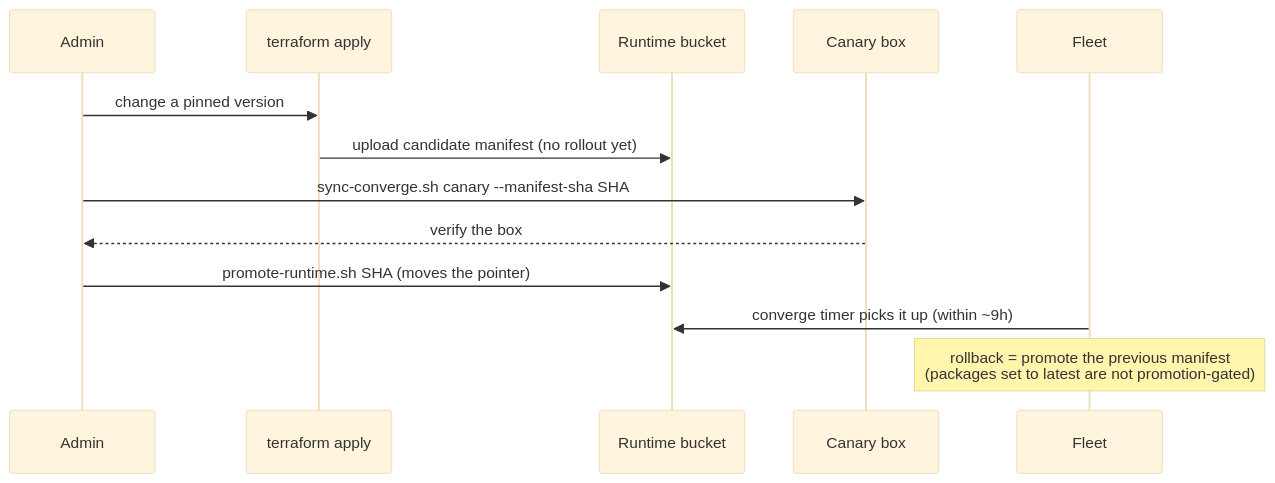
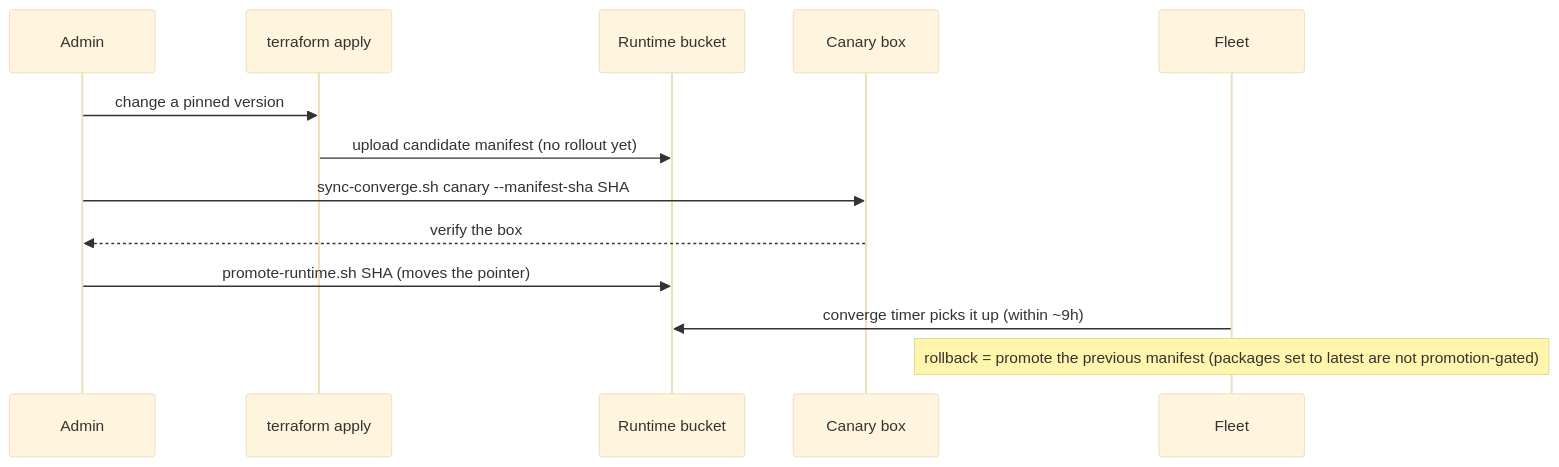
Before and after one commit to omrihaviv/devbox-fleet: the diagram in docs/admin-quickstart.md, drawn with Mermaid (base theme). The commit also changed 1 other file, not shown here.

Commit message:
docs: drop <br/> from mermaid labels — GitHub strips the tag
GitHub's mermaid sanitizer removes HTML tags from labels and joins the
lines with no separator ("breakglass(Google", "manifestGCS"). Use plain
single-line labels instead.

````diff
--- a/docs/admin-quickstart.md
+++ b/docs/admin-quickstart.md
@@ -166,15 +166,15 @@
 ```mermaid
 sequenceDiagram
     participant Admin
     participant TF as terraform apply
     participant GCS as Runtime bucket
     participant Canary as Canary box
     participant Fleet
     Admin->>TF: change a pinned version
     TF->>GCS: upload candidate manifest (no rollout yet)
     Admin->>Canary: sync-converge.sh canary --manifest-sha SHA
     Canary-->>Admin: verify the box
     Admin->>GCS: promote-runtime.sh SHA (moves the pointer)
     Fleet->>GCS: converge timer picks it up (within ~9h)
-    Note over Fleet: rollback = promote the previous manifest<br/>(packages set to latest are not promotion-gated)
+    Note over Fleet: rollback = promote the previous manifest (packages set to latest are not promotion-gated)
 ```
````
